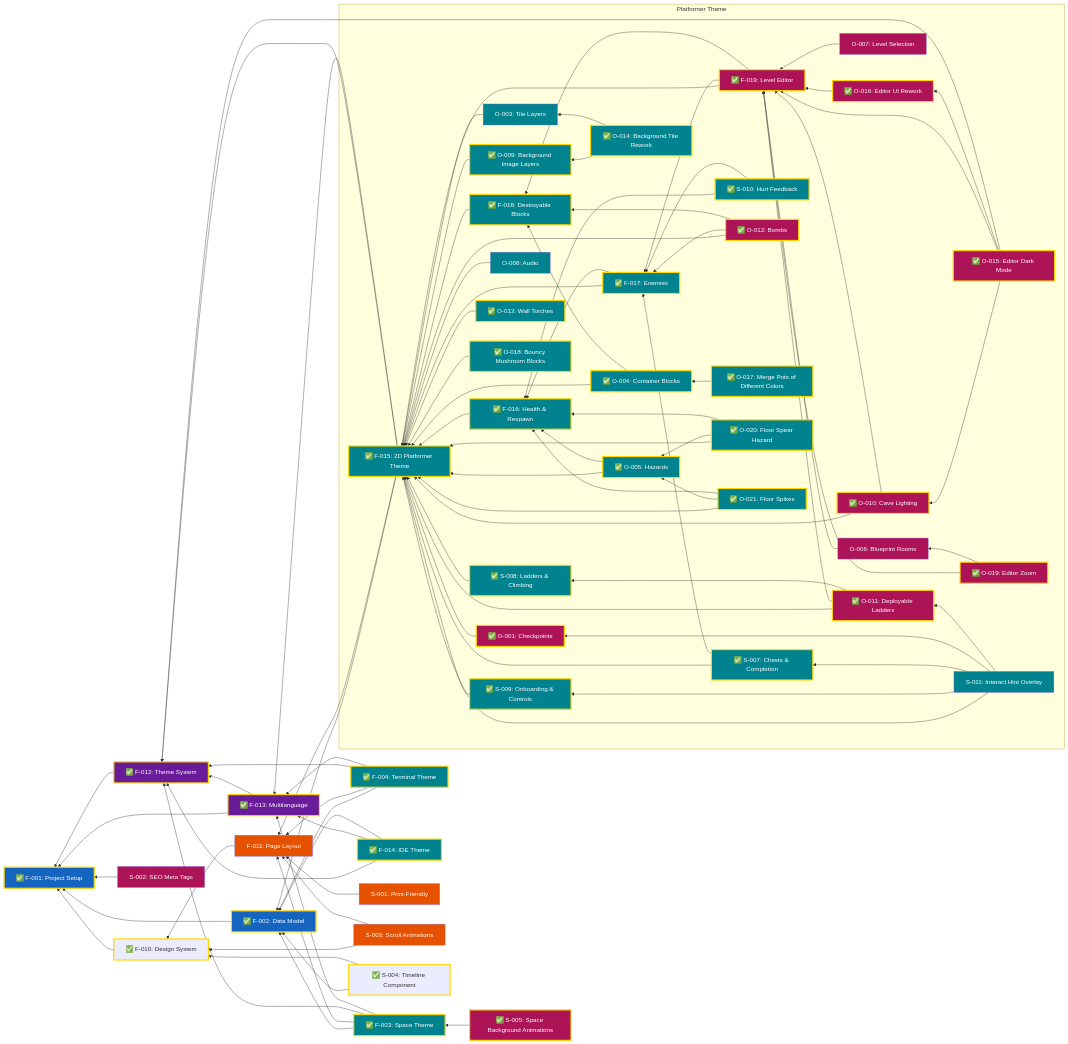
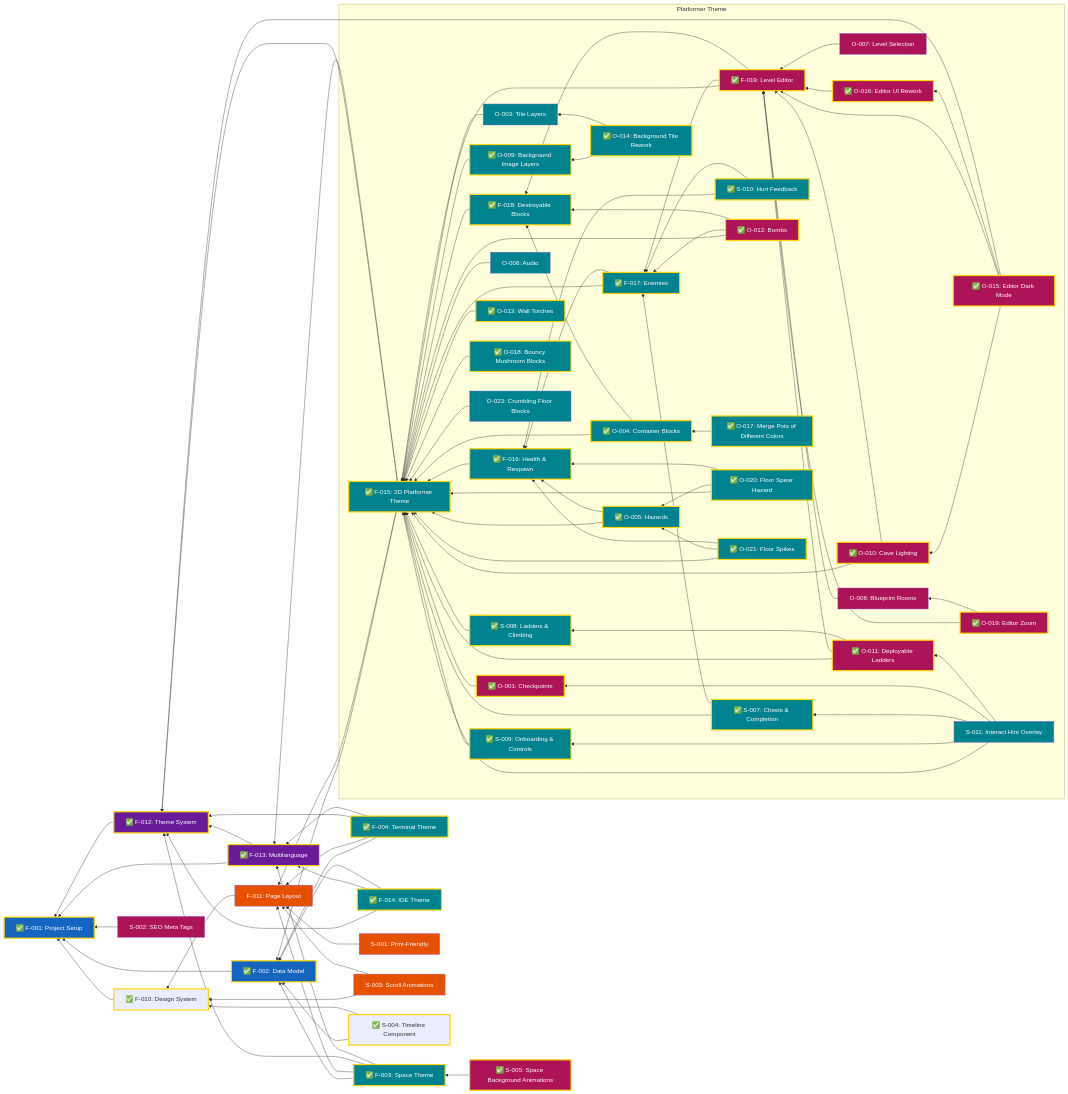
Before and after one commit to garcipat/cv-website: the diagram in docs/Features.md, drawn with Mermaid. The commit also changed 4 other files, not shown here.

First line of the commit message:
docs(O-023): spec and design for crumbling floor blocks, register in feature map

```diff
--- a/docs/Features.md
+++ b/docs/Features.md
@@ -53,6 +53,7 @@
         O019["✅ O-019: Editor Zoom"]
         O020["✅ O-020: Floor Spear Hazard"]
         O021["✅ O-021: Floor Spikes"]
+        O023["O-023: Crumbling Floor Blocks"]
         S011["S-011: Interact Hint Overlay"]
     end
 
@@ -134,6 +135,7 @@
     O021 --> F015
     O021 --> O005
     O021 --> F016
+    O023 --> F015
 
     S011 --> F015
     S011 --> S009
@@ -164,7 +166,7 @@
     class S002,S005,O001 enhancements
     class O001 done
     class S005 done
-    class F015,F016,F017,F018,S007,S008,S009,S010,O003,O004,O005,O008,O009,O013,O014,O020,O021 themes
+    class F015,F016,F017,F018,S007,S008,S009,S010,O003,O004,O005,O008,O009,O013,O014,O020,O021,O023 themes
     class S011 themes
     class O017 themes
     class O017 done
```
